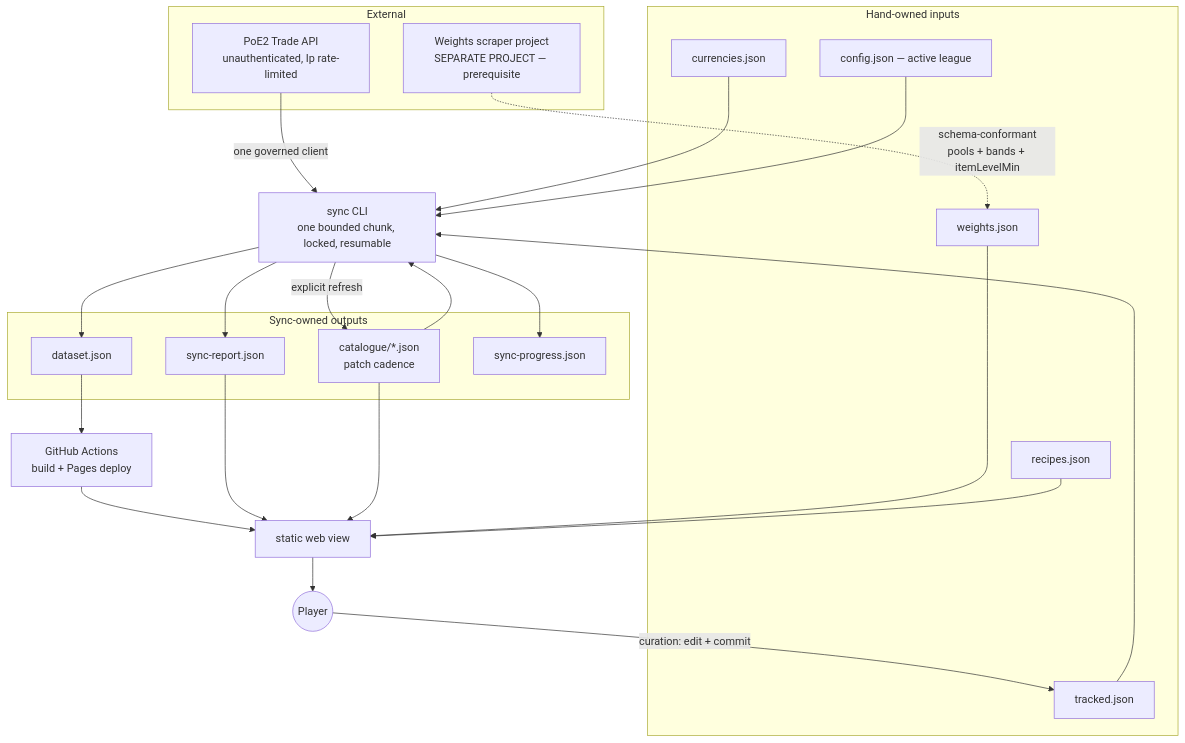
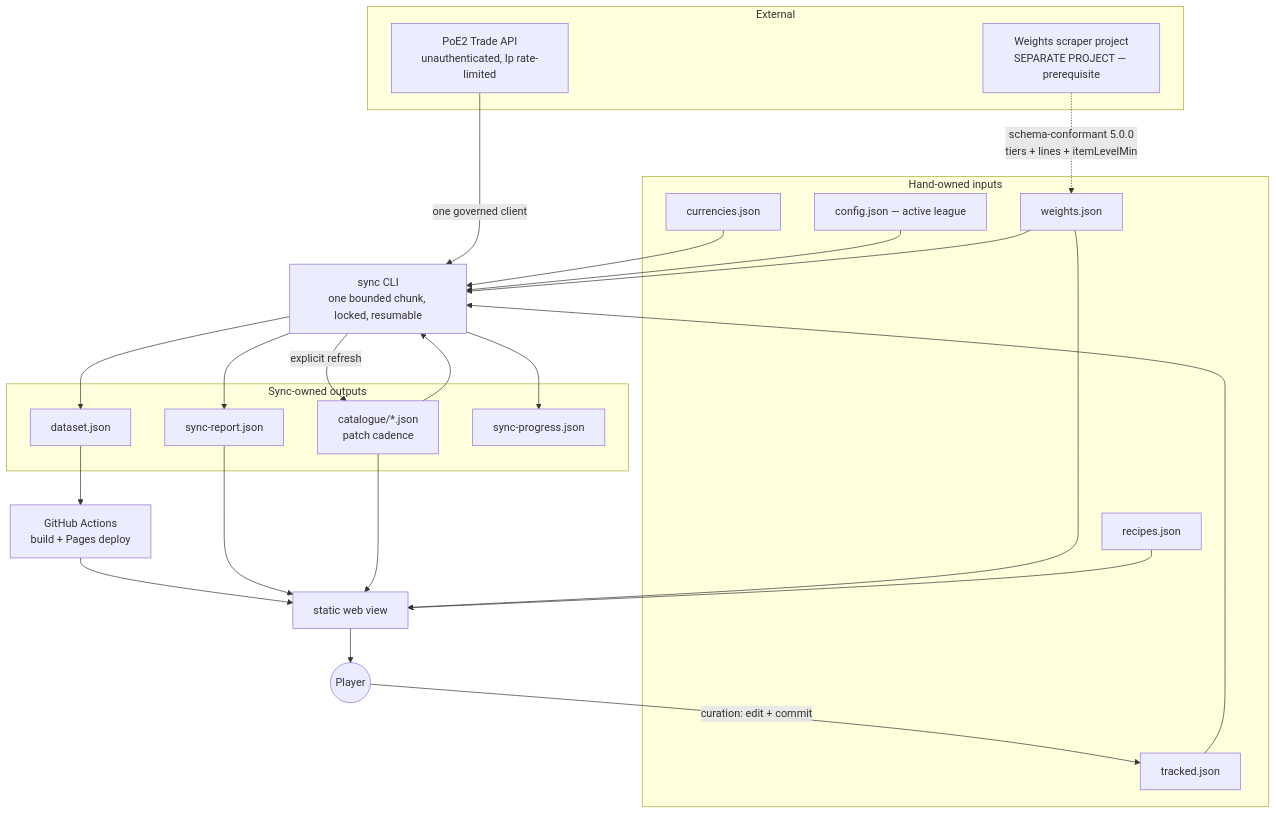
The second of 3 diagrams in docs/architecture/architecture-poe-crafting-base-price-checker-2026-09-12/ARCHITECTURE-SPINE.md (Dragsaw/poe-crafting-base-price-checker), drawn with Mermaid before and after one commit. The commit also changed other lines of this file and 18 other files, not shown here.

````diff
--- a/docs/architecture/architecture-poe-crafting-base-price-checker-2026-09-12/ARCHITECTURE-SPINE.md
+++ b/docs/architecture/architecture-poe-crafting-base-price-checker-2026-09-12/ARCHITECTURE-SPINE.md
@@ -699,46 +989,47 @@
 ```mermaid
 graph TB
   subgraph external[External]
     trade[PoE2 Trade API<br/>unauthenticated, Ip rate-limited]
     producer[Weights scraper project<br/>SEPARATE PROJECT — prerequisite]
   end
 
   subgraph inputs[Hand-owned inputs]
     tracked[tracked.json]
     currencies[currencies.json]
     recipes[recipes.json]
     config[config.json — active league]
     weights[weights.json]
   end
 
   subgraph outputs[Sync-owned outputs]
     catalogue[catalogue/*.json<br/>patch cadence]
     dataset[dataset.json]
     report[sync-report.json]
     progress[sync-progress.json]
   end
 
   sync[sync CLI<br/>one bounded chunk, locked, resumable]
   pages[GitHub Actions<br/>build + Pages deploy]
   web[static web view]
   player((Player))
 
   trade -->|one governed client| sync
   tracked --> sync
   currencies --> sync
   config --> sync
   catalogue --> sync
+  weights --> sync
   sync -->|explicit refresh| catalogue
   sync --> dataset
   sync --> report
   sync --> progress
-  producer -.->|schema-conformant<br/>pools + bands + itemLevelMin| weights
+  producer -.->|schema-conformant 5.0.0<br/>tiers + lines + itemLevelMin| weights
   dataset --> pages
   pages --> web
   weights --> web
   recipes --> web
   report --> web
   catalogue --> web
   web --> player
   player -->|curation: edit + commit| tracked
 ```
````
